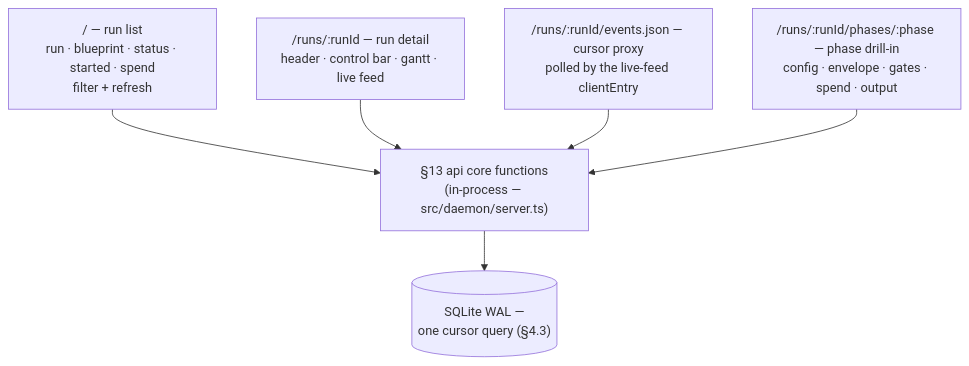
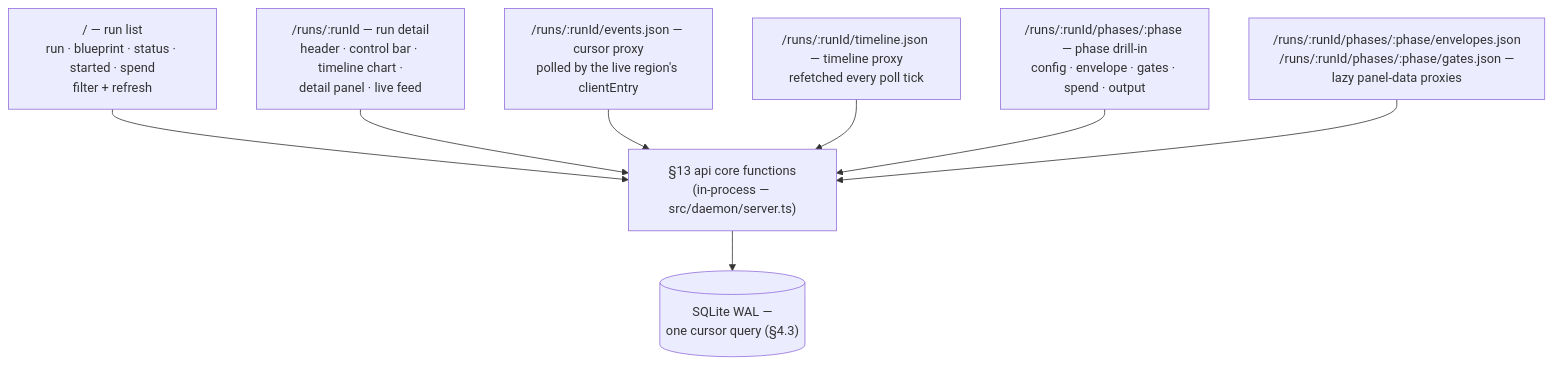
The first of 2 diagrams in docs/spec/05-ui-dashboard.md (trevor-atlas/showrunner), drawn with Mermaid before and after one commit. The commit also changed other lines of this file and 41 other files, not shown here.

````diff
--- a/docs/spec/05-ui-dashboard.md
+++ b/docs/spec/05-ui-dashboard.md
@@ -60,12 +60,16 @@
 ```mermaid
 flowchart TD
     L["/ — run list<br/>run · blueprint · status · started · spend<br/>filter + refresh"]
-    D["/runs/:runId — run detail<br/>header · control bar · gantt · live feed"]
-    E["/runs/:runId/events.json — cursor proxy<br/>polled by the live-feed clientEntry"]
+    D["/runs/:runId — run detail<br/>header · control bar · timeline chart ·<br/>detail panel · live feed"]
+    E["/runs/:runId/events.json — cursor proxy<br/>polled by the live region's clientEntry"]
+    T["/runs/:runId/timeline.json — timeline proxy<br/>refetched every poll tick"]
     P["/runs/:runId/phases/:phase — phase drill-in<br/>config · envelope · gates · spend · output"]
+    X["/runs/:runId/phases/:phase/envelopes.json<br/>/runs/:runId/phases/:phase/gates.json —<br/>lazy panel-data proxies"]
     L --> C["§13 api core functions<br/>(in-process — src/daemon/server.ts)"]
     D --> C
     E --> C
+    T --> C
     P --> C
+    X --> C
     C --> DB[("SQLite WAL —<br/>one cursor query (§4.3)")]
 ```
````
